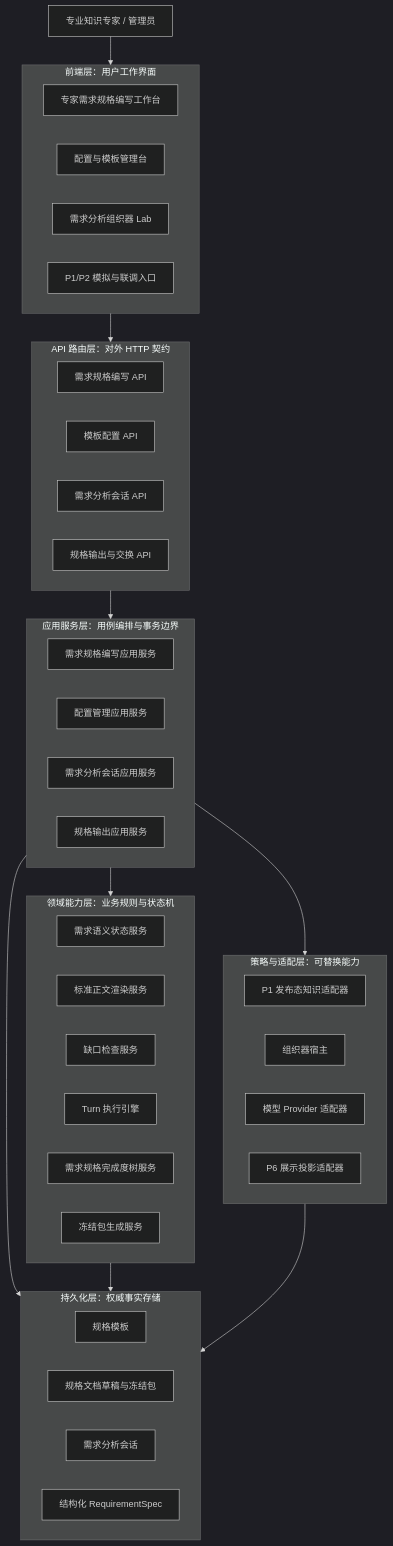
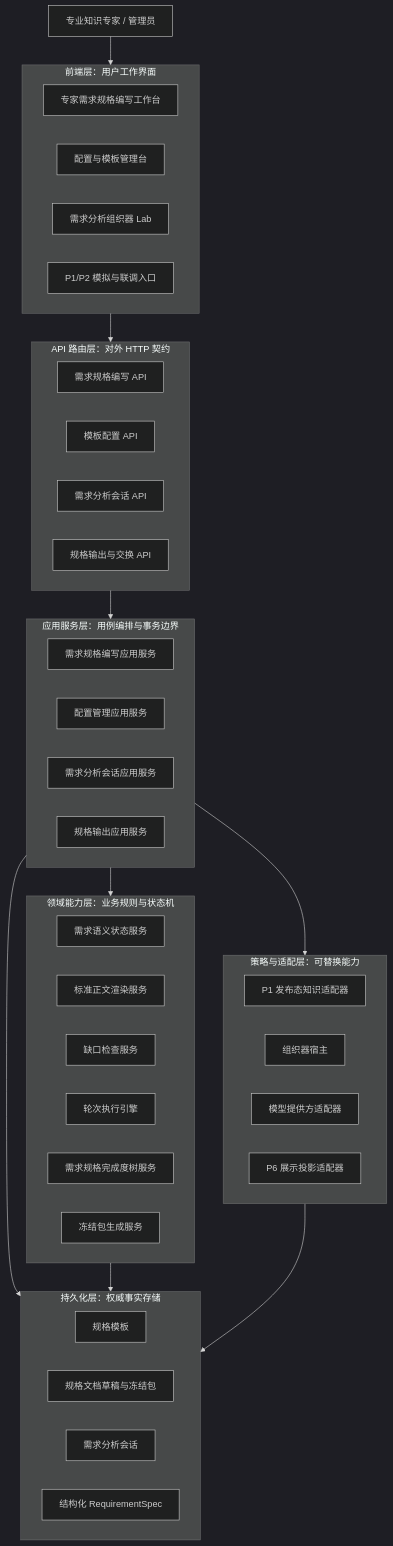
One commit to wgwtest/CodeFactoryV2 changed the first of 18 diagrams in DOC/CODEX_DOC/02_设计说明/P2_需求分析系统/P2-需求分析系统设计.md. Above: the diagram before and after it, drawn with Mermaid (dark theme). The commit also changed other lines of this file, not shown here.

````diff
--- a/DOC/CODEX_DOC/02_设计说明/P2_需求分析系统/P2-需求分析系统设计.md
+++ b/DOC/CODEX_DOC/02_设计说明/P2_需求分析系统/P2-需求分析系统设计.md
@@ -190,57 +206,57 @@
 ```mermaid
 flowchart TB
   User["专业知识专家 / 管理员"]
 
   subgraph Web["前端层：用户工作界面"]
     AuthoringPage["专家需求规格编写工作台"]
     AdminPage["配置与模板管理台"]
     LabPage["需求分析组织器 Lab"]
     SimPage["P1/P2 模拟与联调入口"]
   end
 
   subgraph Api["API 路由层：对外 HTTP 契约"]
     AuthoringApi["需求规格编写 API"]
     TemplateApi["模板配置 API"]
     AnalysisApi["需求分析会话 API"]
     ExchangeApi["规格输出与交换 API"]
   end
 
   subgraph App["应用服务层：用例编排与事务边界"]
     AuthoringApp["需求规格编写应用服务"]
     TemplateApp["配置管理应用服务"]
     AnalysisApp["需求分析会话应用服务"]
     ExchangeApp["规格输出应用服务"]
   end
 
   subgraph Domain["领域能力层：业务规则与状态机"]
     SemanticState["需求语义状态服务"]
     DocumentRenderer["标准正文渲染服务"]
     GapChecker["缺口检查服务"]
-    TurnEngine["Turn 执行引擎"]
+    TurnEngine["轮次执行引擎"]
     SpecTree["需求规格完成度树服务"]
     FreezeService["冻结包生成服务"]
   end
 
   subgraph Strategy["策略与适配层：可替换能力"]
     P1Adapter["P1 发布态知识适配器"]
     OrchestratorHost["组织器宿主"]
-    ProviderAdapter["模型 Provider 适配器"]
+    ProviderAdapter["模型提供方适配器"]
     P6Projector["P6 展示投影适配器"]
   end
 
   subgraph Store["持久化层：权威事实存储"]
     TemplateStore["规格模板"]
     DocumentStore["规格文档草稿与冻结包"]
     SessionStore["需求分析会话"]
     SpecStore["结构化 RequirementSpec"]
   end
 
   User --> Web
   Web --> Api
   Api --> App
   App --> Domain
   App --> Strategy
   App --> Store
   Domain --> Store
   Strategy --> Store
 ```
````
